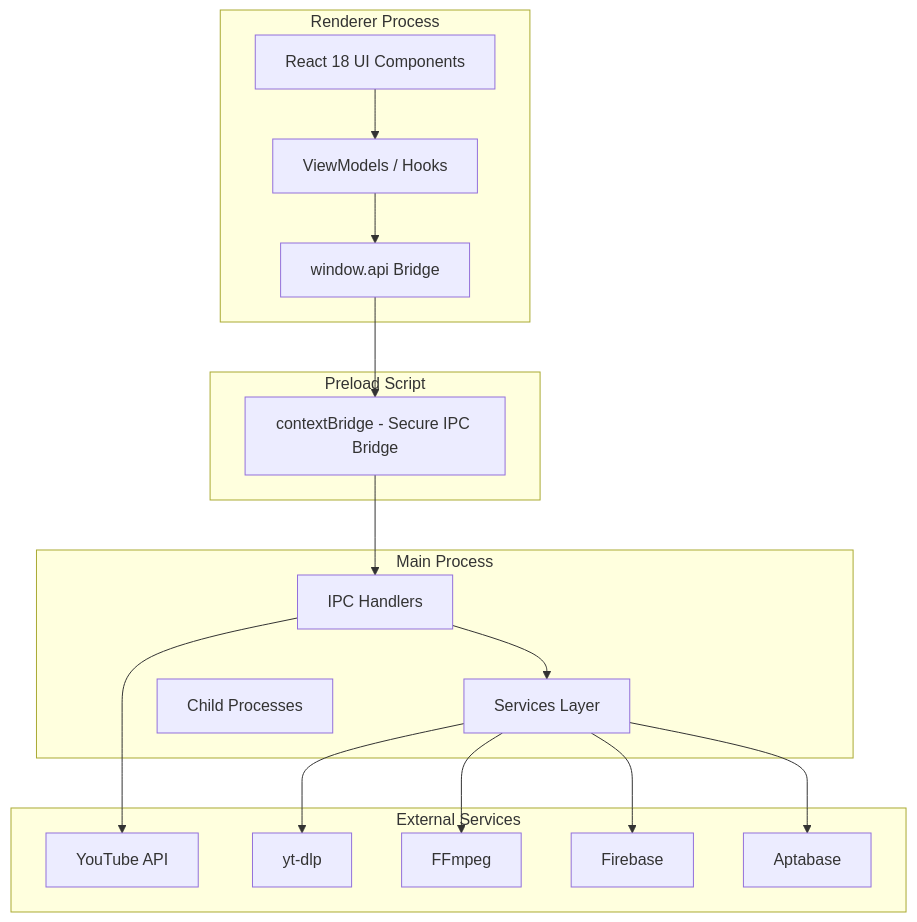
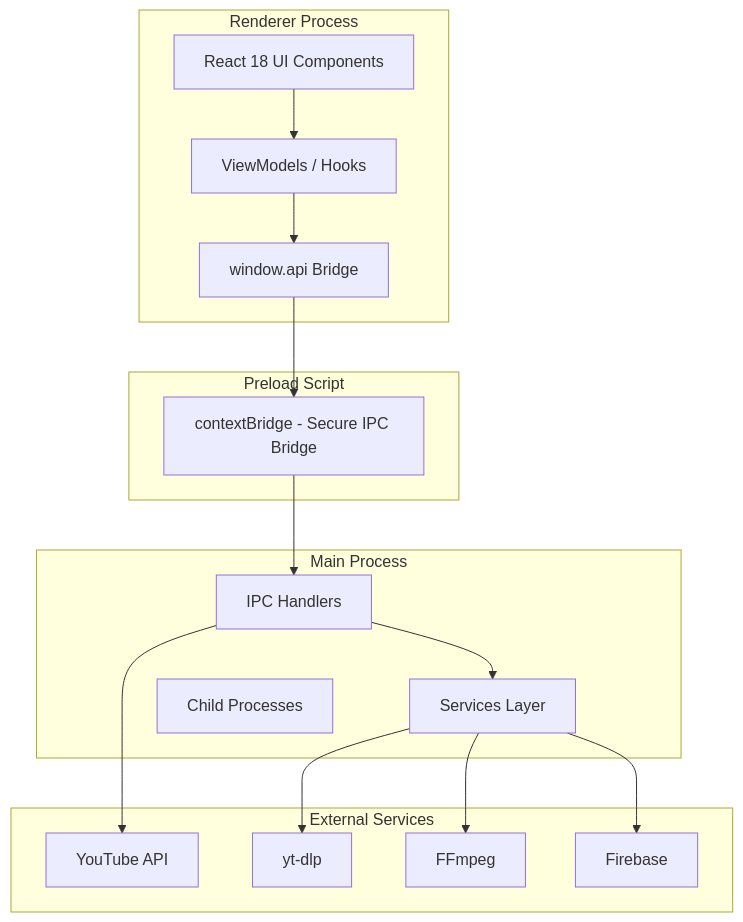
Before and after one commit to Shoaib-Akh/pnutdownloader: the diagram in docs/TECHNICAL_DOCUMENTATION.md, drawn with Mermaid. The commit also changed other lines of this file and 13 other files, not shown here.

````diff
--- a/docs/TECHNICAL_DOCUMENTATION.md
+++ b/docs/TECHNICAL_DOCUMENTATION.md
@@ -95,37 +95,35 @@
 ```mermaid
 graph TB
     subgraph "Renderer Process"
         UI[React 18 UI Components]
         VM[ViewModels / Hooks]
         API[window.api Bridge]
     end
     
     subgraph "Preload Script"
         PB[contextBridge - Secure IPC Bridge]
     end
     
     subgraph "Main Process"
         IPC[IPC Handlers]
         SVCS[Services Layer]
         CHILD[Child Processes]
     end
     
     subgraph "External Services"
         YT[YouTube API]
         YTDL[yt-dlp]
         FF[FFmpeg]
         FB[Firebase]
-        AB[Aptabase]
     end
     
     UI --> VM
     VM --> API
     API --> PB
     PB --> IPC
     IPC --> SVCS
     SVCS --> YTDL
     SVCS --> FF
     SVCS --> FB
-    SVCS --> AB
     IPC --> YT
 ```
````
